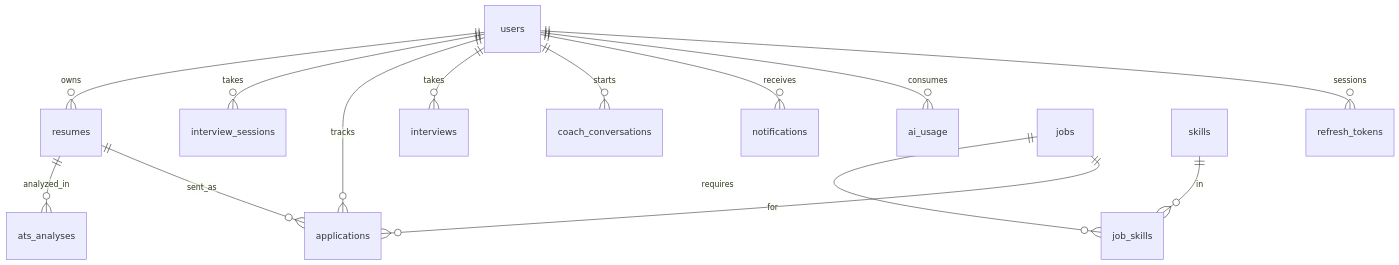
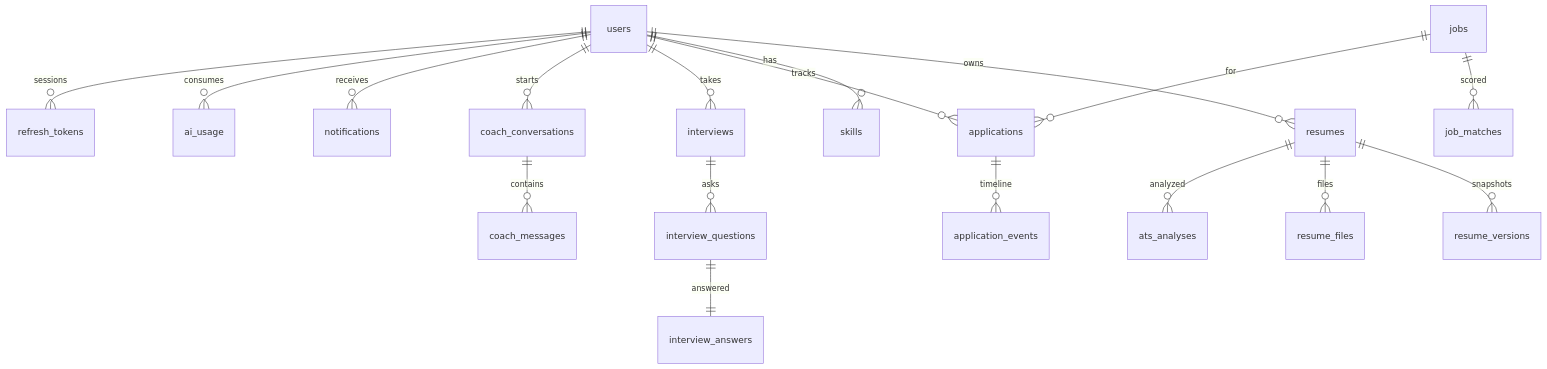
The diagram in database/README.md (Losomon/ai-resume-interview), drawn with Mermaid before and after one commit. The commit also changed other lines of this file, not shown here.

Commit message:
git commit -m "Update README.md with new database schema information"

````diff
--- a/database/README.md
+++ b/database/README.md
@@ -62,16 +65,20 @@
 ```mermaid
 erDiagram
   users ||--o{ resumes : owns
-  users ||--o{ interview_sessions : takes
+  users ||--o{ skills : has
   users ||--o{ applications : tracks
   users ||--o{ interviews : takes
   users ||--o{ coach_conversations : starts
   users ||--o{ notifications : receives
   users ||--o{ ai_usage : consumes
   users ||--o{ refresh_tokens : sessions
-  resumes ||--o{ ats_analyses : analyzed_in
-  jobs ||--o{ job_skills : requires
-  skills ||--o{ job_skills : in
+  resumes ||--o{ resume_versions : snapshots
+  resumes ||--o{ resume_files : files
+  resumes ||--o{ ats_analyses : analyzed
+  jobs ||--o{ job_matches : scored
   jobs ||--o{ applications : for
-  resumes ||--o{ applications : sent_as
+  applications ||--o{ application_events : timeline
+  interviews ||--o{ interview_questions : asks
+  interview_questions ||--|| interview_answers : answered
+  coach_conversations ||--o{ coach_messages : contains
 ```
````
